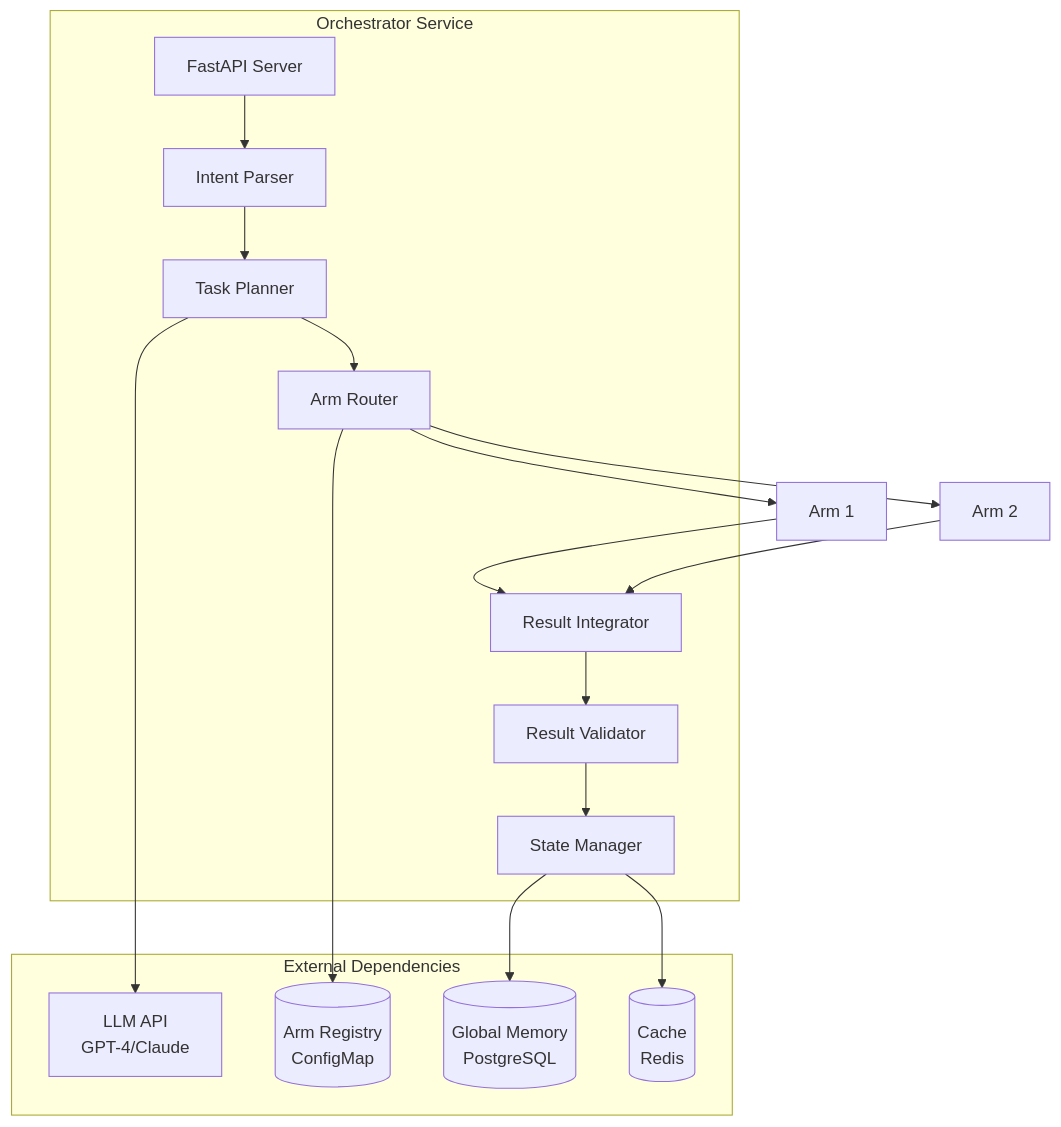
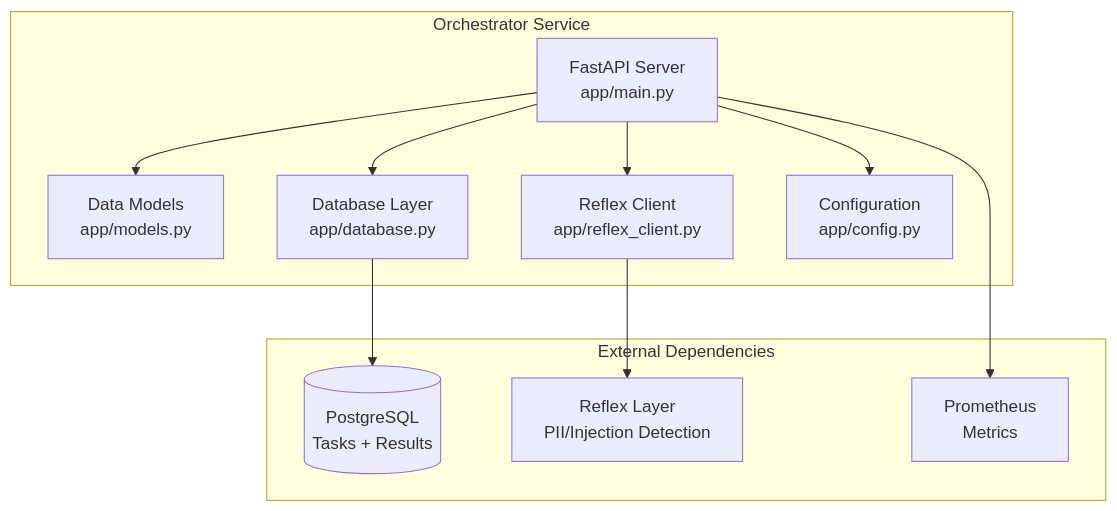
The diagram in docs/components/orchestrator.md (doublegate/OctoLLM), drawn with Mermaid before and after one commit. The commit also changed other lines of this file and 13 other files, not shown here.

````diff
--- a/docs/components/orchestrator.md
+++ b/docs/components/orchestrator.md
@@ -68,33 +90,24 @@
 ```mermaid
 graph TB
     subgraph "Orchestrator Service"
-        API[FastAPI Server]
-        PARSE[Intent Parser]
-        PLANNER[Task Planner]
-        ROUTER[Arm Router]
-        INTEGRATOR[Result Integrator]
-        VALIDATOR[Result Validator]
-        STATE[State Manager]
+        API[FastAPI Server<br/>app/main.py]
+        MODELS[Data Models<br/>app/models.py]
+        DB[Database Layer<br/>app/database.py]
+        REFLEX[Reflex Client<br/>app/reflex_client.py]
+        CONFIG[Configuration<br/>app/config.py]
     end
 
     subgraph "External Dependencies"
-        LLM[LLM API<br/>GPT-4/Claude]
-        ARMREG[(Arm Registry<br/>ConfigMap)]
-        GMEM[(Global Memory<br/>PostgreSQL)]
-        CACHE[(Cache<br/>Redis)]
+        PG[(PostgreSQL<br/>Tasks + Results)]
+        REFLEXSVC[Reflex Layer<br/>PII/Injection Detection]
+        PROM[Prometheus<br/>Metrics]
     end
 
-    API --> PARSE
-    PARSE --> PLANNER
-    PLANNER --> LLM
-    PLANNER --> ROUTER
-    ROUTER --> ARMREG
-    ROUTER --> ARM1[Arm 1]
-    ROUTER --> ARM2[Arm 2]
-    ARM1 --> INTEGRATOR
-    ARM2 --> INTEGRATOR
-    INTEGRATOR --> VALIDATOR
-    VALIDATOR --> STATE
-    STATE --> GMEM
-    STATE --> CACHE
+    API --> MODELS
+    API --> DB
+    API --> REFLEX
+    API --> CONFIG
+    DB --> PG
+    REFLEX --> REFLEXSVC
+    API --> PROM
 ```
````
